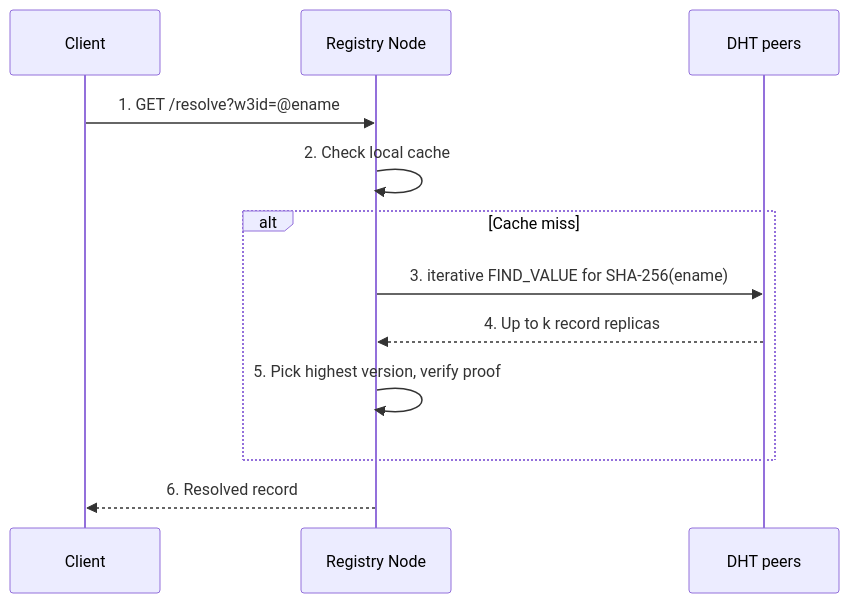
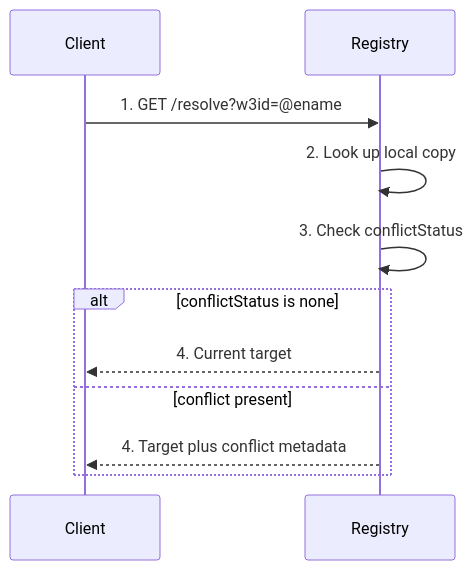
The third of 4 diagrams in content/docs/architecture/decentralised-registry/federated-dht.md (w3ds-docs/w3ds-docs), drawn with Mermaid before and after one commit. The commit also changed other lines of this file and 4 other files, not shown here.

````diff
--- a/content/docs/architecture/decentralised-registry/federated-dht.md
+++ b/content/docs/architecture/decentralised-registry/federated-dht.md
@@ -182,14 +146,13 @@
 ```mermaid
 sequenceDiagram
     participant Client as Client
-    participant Node as Registry Node
-    participant DHT as DHT peers
-    Client->>Node: 1. GET /resolve?w3id=@ename
-    Node->>Node: 2. Check local cache
-    alt Cache miss
-        Node->>DHT: 3. iterative FIND_VALUE for SHA-256(ename)
-        DHT-->>Node: 4. Up to k record replicas
-        Node->>Node: 5. Pick highest version, verify proof
+    participant R as Registry
+    Client->>R: 1. GET /resolve?w3id=@ename
+    R->>R: 2. Look up local copy
+    R->>R: 3. Check conflictStatus
+    alt conflictStatus is none
+        R-->>Client: 4. Current target
+    else conflict present
+        R-->>Client: 4. Target plus conflict metadata
     end
-    Node-->>Client: 6. Resolved record
 ```
````
